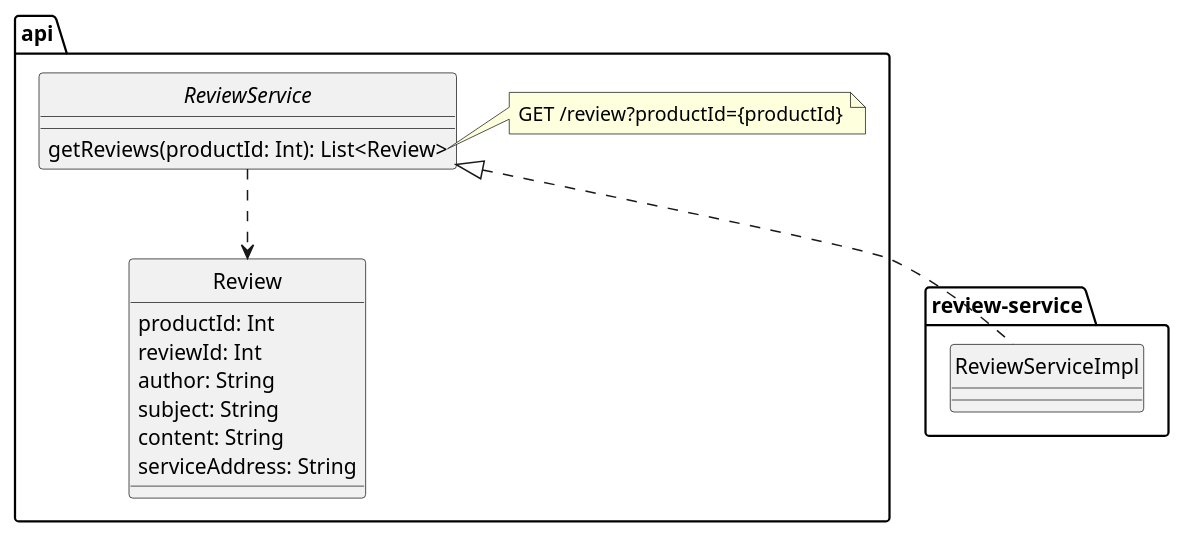
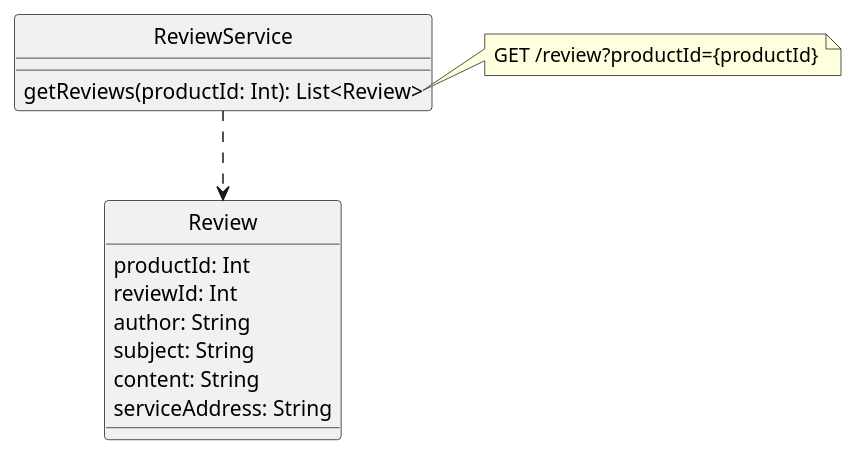
Before and after one commit to teddyprogramming/teddyprogramming.github.io: the fourth of 7 diagrams in docs/kata/Microservices with Spring Boot 3 and Spring Cloud - Third Edition/3 Creating a Set of Cooperating Microservices.md, drawn with PlantUML. The commit also changed other lines of this file, not shown here.

````diff
--- a/docs/kata/Microservices with Spring Boot 3 and Spring Cloud - Third Edition/3 Creating a Set of Cooperating Microservices.md
+++ b/docs/kata/Microservices with Spring Boot 3 and Spring Cloud - Third Edition/3 Creating a Set of Cooperating Microservices.md
@@ -227,30 +263,22 @@
 ```plantuml
 hide circle
 
-package api {
-
-    interface ReviewService {
-        getReviews(productId: Int): List<Review>
-    }
-    note right of ReviewService::getReviews
-    GET /review?productId={productId}
-    end note
-
-    class Review {
-        productId: Int
-        reviewId: Int
-        author: String
-        subject: String
-        content: String
-        serviceAddress: String
-    }
-
-    ReviewService ..> Review
+class ReviewService {
+    getReviews(productId: Int): List<Review>
 }
 
-package review-service {
-    class ReviewServiceImpl
+note right of ReviewService::getReviews
+GET /review?productId={productId}
+end note
+
+class Review {
+    productId: Int
+    reviewId: Int
+    author: String
+    subject: String
+    content: String
+    serviceAddress: String
 }
 
-ReviewService <|.. ReviewServiceImpl
+ReviewService ..> Review
 ```
````
